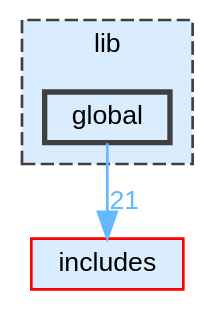
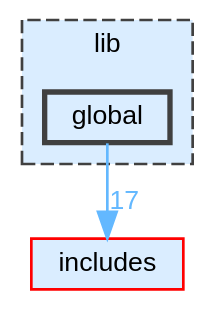
Before and after one commit to JS-CMP/JS-CMP: the diagram in dir_e5351f453d76e877d7266eb645a452b4_dep.dot, drawn with Graphviz. The commit also changed 239 other files, not shown here.

```diff
--- a/dir_e5351f453d76e877d7266eb645a452b4_dep.dot
+++ b/dir_e5351f453d76e877d7266eb645a452b4_dep.dot
@@ -1,14 +1,14 @@
 digraph "lib/global"
 {
  // LATEX_PDF_SIZE
   bgcolor="transparent";
   edge [fontname=Helvetica,fontsize=10,labelfontname=Helvetica,labelfontsize=10];
   node [fontname=Helvetica,fontsize=10,shape=box,height=0.2,width=0.4];
   compound=true
   subgraph clusterdir_97aefd0d527b934f1d99a682da8fe6a9 {
     graph [ bgcolor="#daedff", pencolor="grey25", label="lib", fontname=Helvetica,fontsize=10 style="filled,dashed", URL="dir_97aefd0d527b934f1d99a682da8fe6a9.html",tooltip=""]
   dir_e5351f453d76e877d7266eb645a452b4 [label="global", fillcolor="#daedff", color="grey25", style="filled,bold", URL="dir_e5351f453d76e877d7266eb645a452b4.html",tooltip=""];
   }
   dir_09e761304027c904456130627fd4dcf5 [label="includes", fillcolor="#daedff", color="red", style="filled", URL="dir_09e761304027c904456130627fd4dcf5.html",tooltip=""];
-  dir_e5351f453d76e877d7266eb645a452b4->dir_09e761304027c904456130627fd4dcf5 [headlabel="21", labeldistance=1.5 headhref="dir_000014_000015.html" href="dir_000014_000015.html" color="steelblue1" fontcolor="steelblue1"];
+  dir_e5351f453d76e877d7266eb645a452b4->dir_09e761304027c904456130627fd4dcf5 [headlabel="17", labeldistance=1.5 headhref="dir_000015_000016.html" href="dir_000015_000016.html" color="steelblue1" fontcolor="steelblue1"];
 }
```
